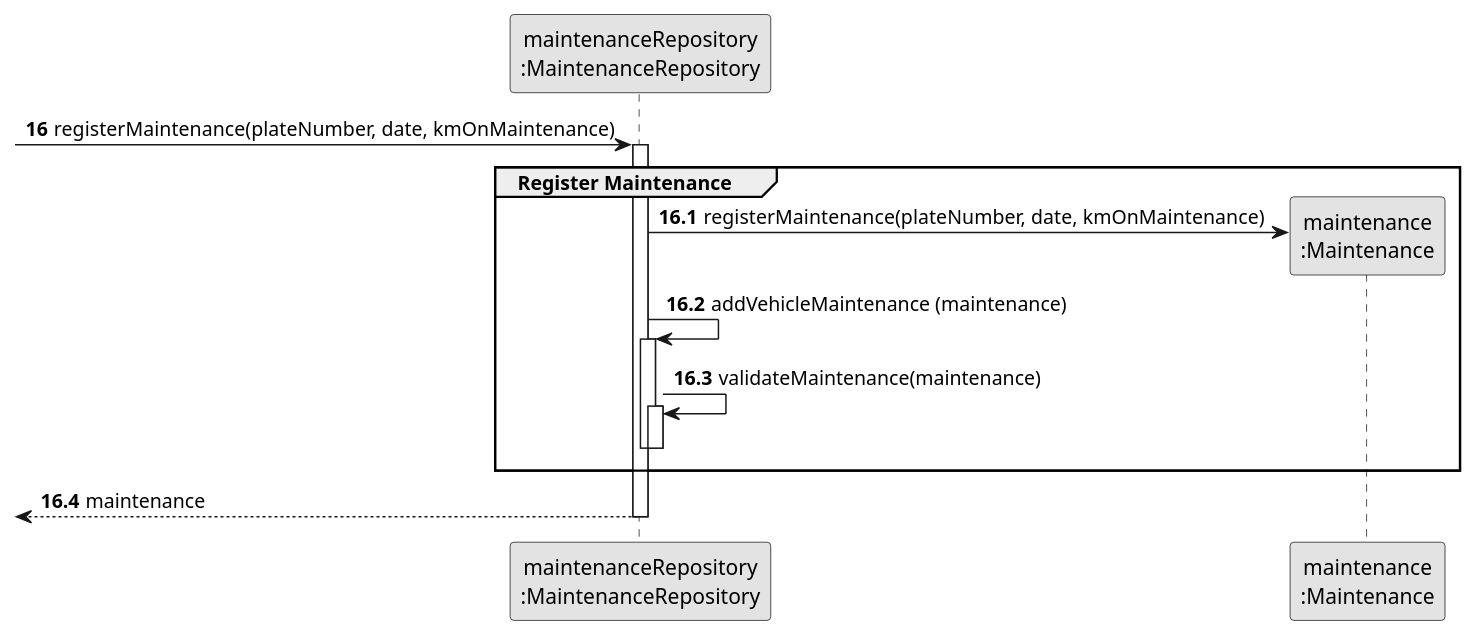
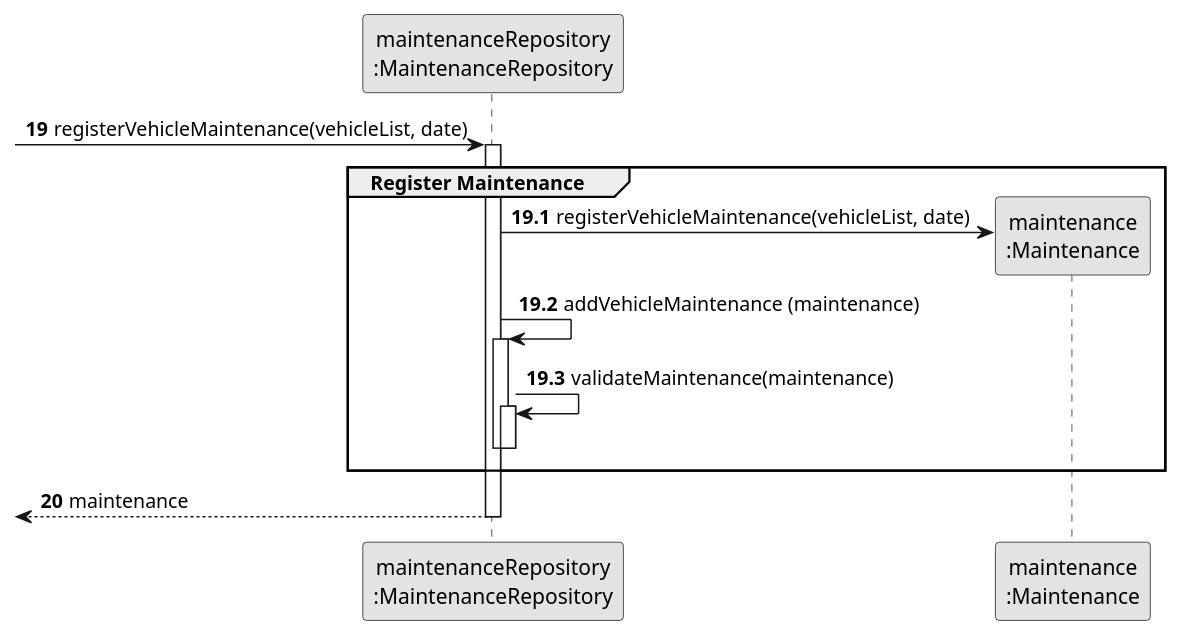
The diagram in docs/sprintB/us007/03.design/puml/us007-sequence-diagram-partial-register-maintenance.puml (diogoveirospro/lei-24-s2-1dg-g072), drawn with PlantUML before and after one commit. The commit also changed 6 other files, not shown here.

Commit message:
Made changes in the US006 class diagram and US007 design

```diff
--- a/docs/sprintB/us007/03.design/puml/us007-sequence-diagram-partial-register-maintenance.puml
+++ b/docs/sprintB/us007/03.design/puml/us007-sequence-diagram-partial-register-maintenance.puml
@@ -1,32 +1,32 @@
 @startuml
 skinparam monochrome true
 skinparam packageStyle rectangle
 skinparam shadowing false
 
 participant "maintenanceRepository\n:MaintenanceRepository" as MAINREP
 participant "maintenance\n:Maintenance" as MAINTENANCE
 
-autonumber 16
--> MAINREP: registerMaintenance(plateNumber, date, kmOnMaintenance)
+autonumber 19
+-> MAINREP: registerVehicleMaintenance(vehicleList, date)
 
-autonumber 16.1
+autonumber 19.1
 activate MAINREP
     group Register Maintenance
 
-        MAINREP -> MAINTENANCE**: registerMaintenance(plateNumber, date, kmOnMaintenance)
+        MAINREP -> MAINTENANCE**: registerVehicleMaintenance(vehicleList, date)
         MAINREP -> MAINREP: addVehicleMaintenance (maintenance)
 
         activate MAINREP
             MAINREP -> MAINREP: validateMaintenance(maintenance)
             activate MAINREP
             deactivate MAINREP
 
         deactivate MAINREP
         end
+    autonumber 20
     <-- MAINREP : maintenance
         deactivate MAINREP
 
-    autonumber 17
 
 
 @enduml
```
